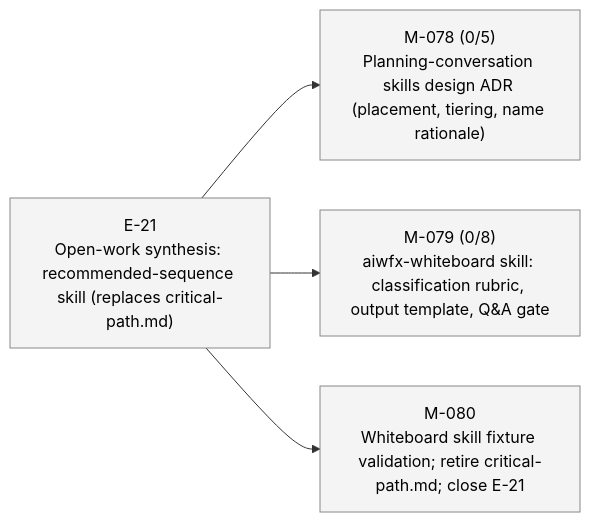
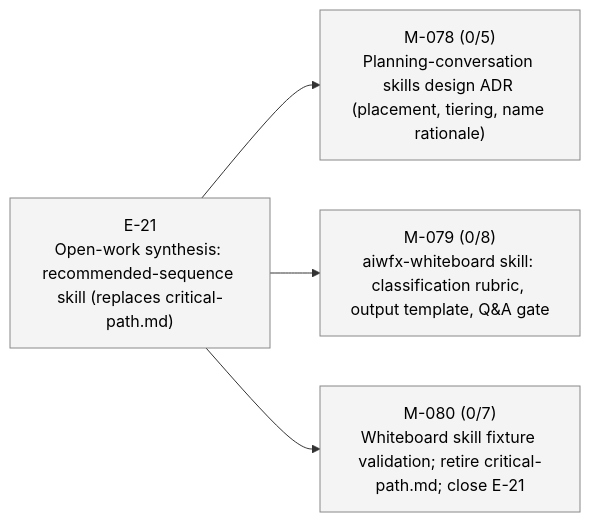
One commit to 23min/aiwf changed the third of 4 diagrams in STATUS.md. Above: the diagram before and after it, drawn with Mermaid. The commit also changed other lines of this file and 1 other file, not shown here.

````diff
--- a/STATUS.md
+++ b/STATUS.md
@@ -70,16 +70,16 @@
 ```mermaid
 flowchart LR
   E_21["E-21<br/>Open-work synthesis: recommended-sequence skill (replaces critical-path.md)"]:::epic_proposed
   M_078["M-078 (0/5)<br/>Planning-conversation skills design ADR (placement, tiering, name rationale)"]:::ms_draft
   E_21 --> M_078
   M_079["M-079 (0/8)<br/>aiwfx-whiteboard skill: classification rubric, output template, Q&A gate"]:::ms_draft
   E_21 --> M_079
-  M_080["M-080<br/>Whiteboard skill fixture validation; retire critical-path.md; close E-21"]:::ms_draft
+  M_080["M-080 (0/7)<br/>Whiteboard skill fixture validation; retire critical-path.md; close E-21"]:::ms_draft
   E_21 --> M_080
   classDef epic_active fill:#d6eaff,stroke:#1a73e8,color:#000
   classDef epic_proposed fill:#f4f4f4,stroke:#888,color:#000
   classDef ms_done fill:#d8f5d8,stroke:#2a8a2a,color:#000
   classDef ms_in_progress fill:#fff3c4,stroke:#caa400,color:#000
   classDef ms_draft fill:#f4f4f4,stroke:#888,color:#000
   classDef ms_cancelled fill:#fbeaea,stroke:#c33,color:#000
 ```
````
